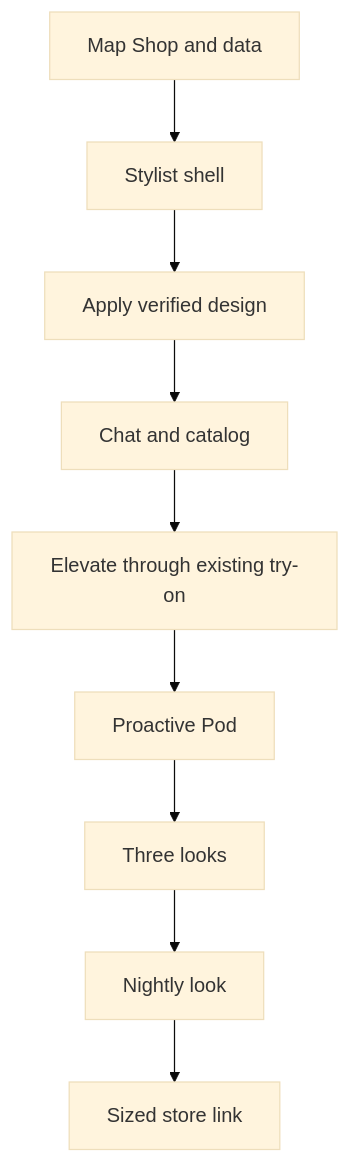
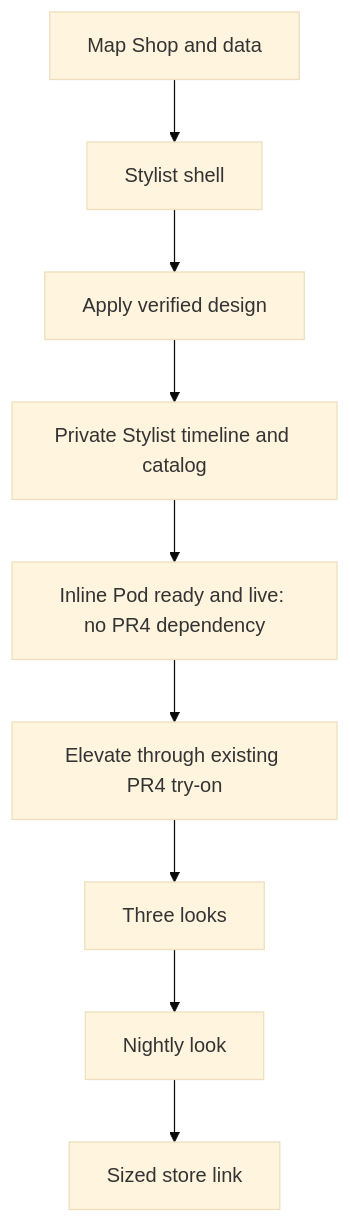
The diagram in studio/ideas/stylit-agent/decision.md (killbill2792/studio), drawn with Mermaid (base theme) before and after one commit. The commit also changed other lines of this file and 3 other files, not shown here.

Commit message:
Approve one-screen Stylist timeline and inline Pod workflow

````diff
--- a/studio/ideas/stylit-agent/decision.md
+++ b/studio/ideas/stylit-agent/decision.md
@@ -14,11 +14,11 @@
 ```mermaid
 flowchart TD
   start[Map Shop and data] --> shell[Stylist shell]
   shell --> design[Apply verified design]
-  design --> chat[Chat and catalog]
-  chat --> tryon[Elevate through existing try-on]
-  tryon --> pod[Proactive Pod]
-  pod --> looks[Three looks]
+  design --> chat[Private Stylist timeline and catalog]
+  chat --> pod[Inline Pod ready and live: no PR4 dependency]
+  pod --> tryon[Elevate through existing PR4 try-on]
+  tryon --> looks[Three looks]
   looks --> tomorrow[Nightly look]
   tomorrow --> buy[Sized store link]
 ```
````
